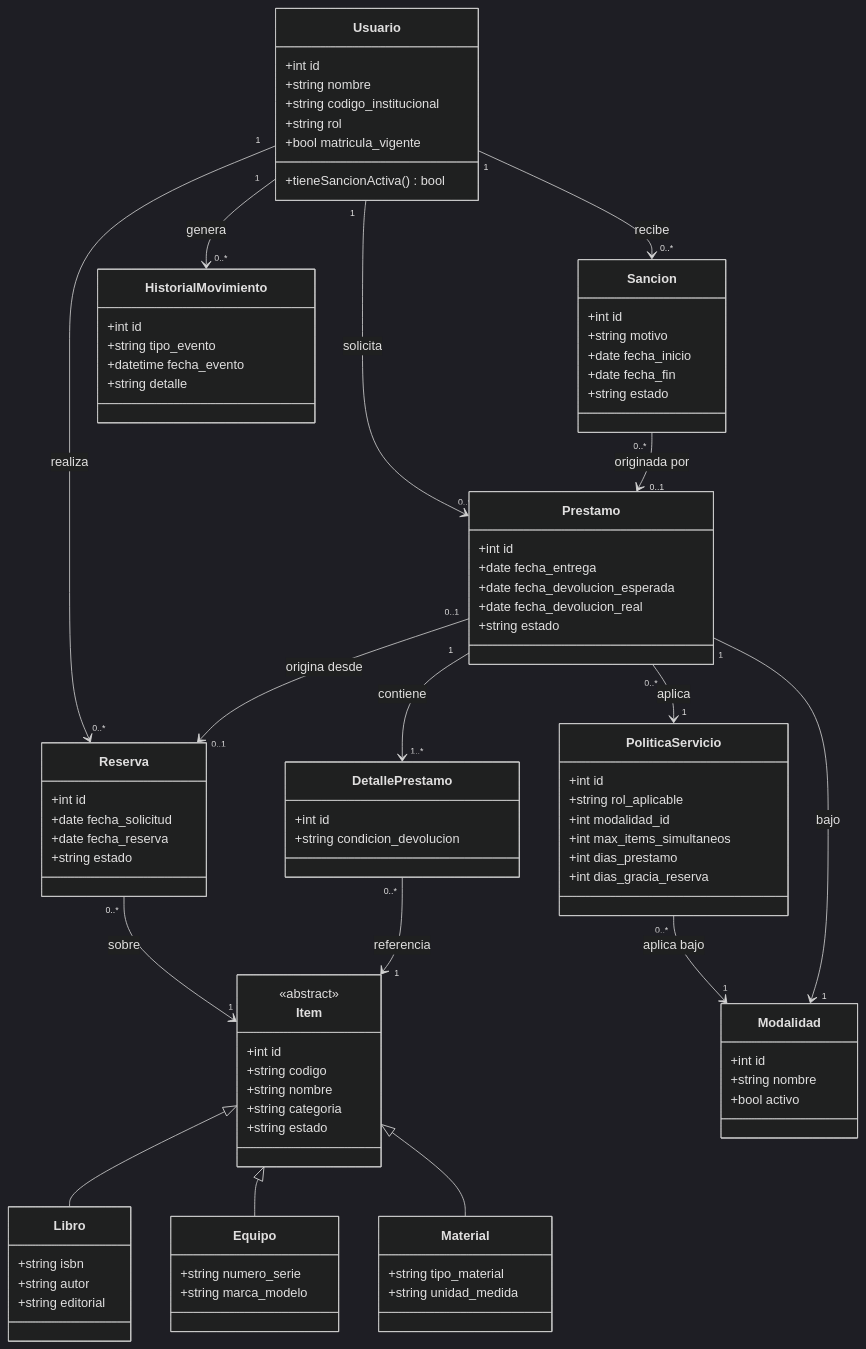
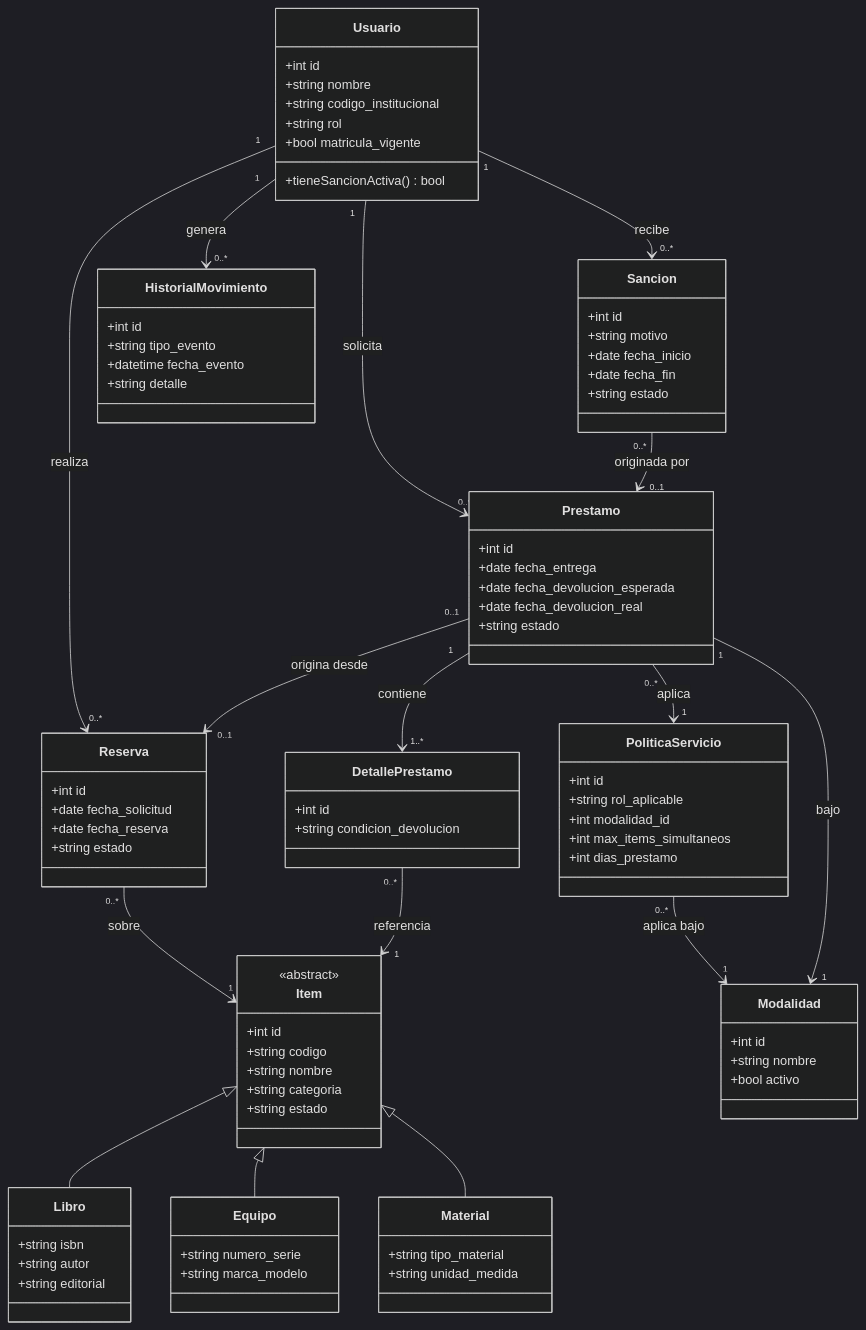
One commit to LuisEn2005/TI2-Sistema-de-Prestamos-Academico changed the diagram in docs/requisitos.md. Above: the diagram before and after it, drawn with Mermaid (dark theme). The commit also changed other lines of this file and 21 other files, not shown here.

```diff
--- a/docs/requisitos.md
+++ b/docs/requisitos.md
@@ -121,7 +121,6 @@
         +int modalidad_id
         +int max_items_simultaneos
         +int dias_prestamo
-        +int dias_gracia_reserva
     }
 
     class Item {
```
